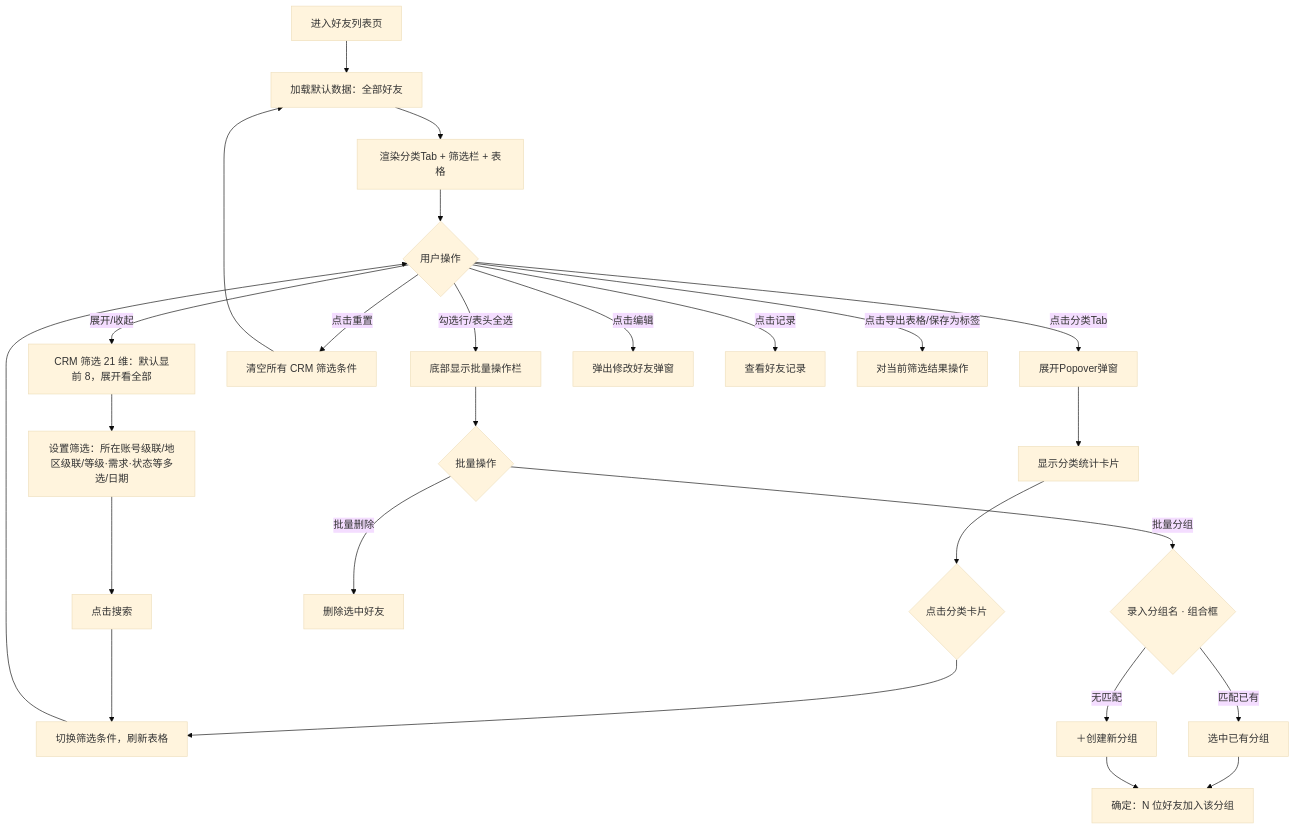
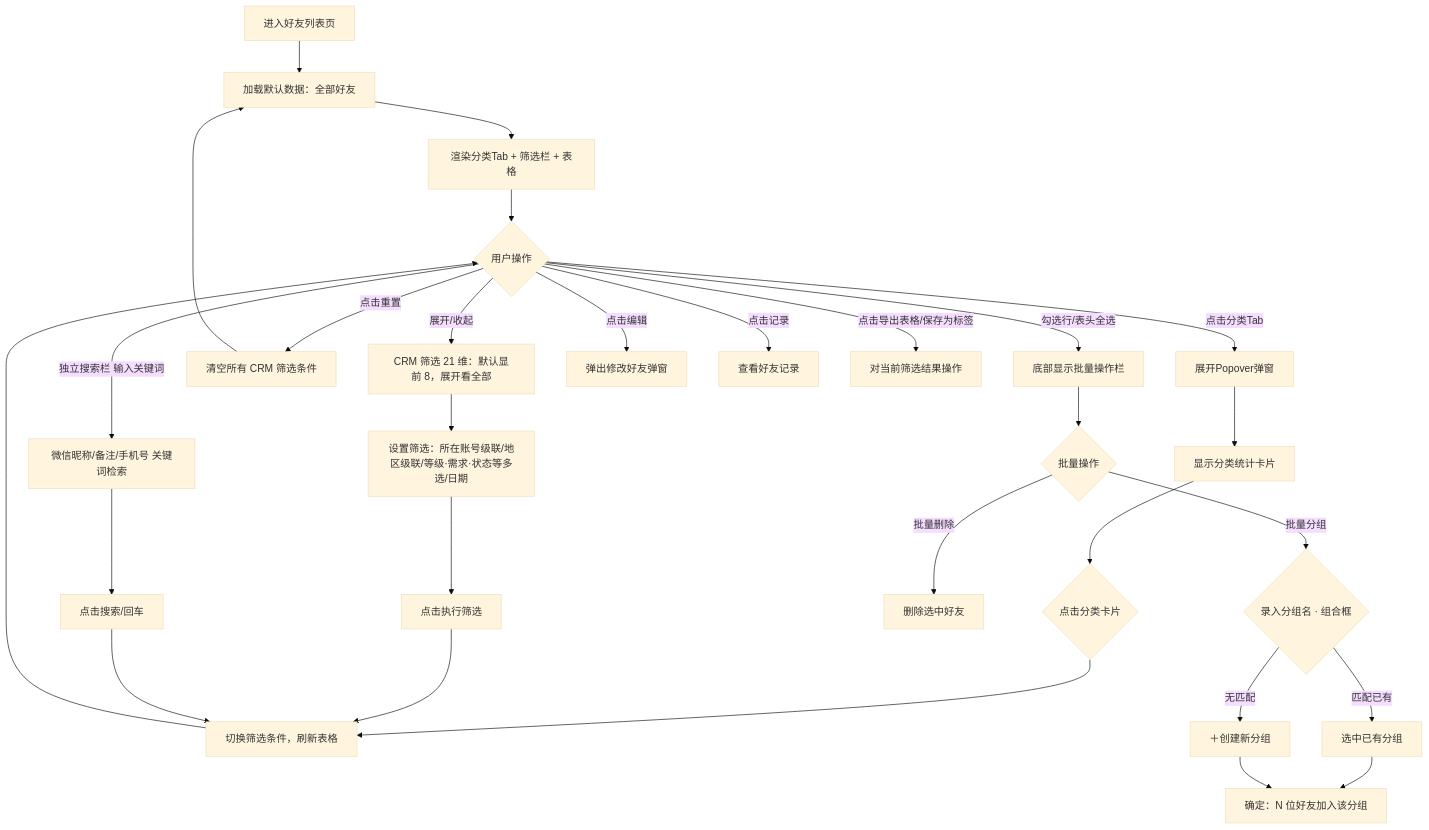
One commit to xfang9528-glitch/suiyin-admin changed the first of 2 diagrams in flowcharts/friend-list.md. Above: the diagram before and after it, drawn with Mermaid (base theme). The commit also changed 3 other files, not shown here.

Commit message:
docs: 同步 筛选/搜索拆分(DR-058) + 筛选项调整 + 去创建虚拟好友 到 PRD/流程图/design-spec

````diff
--- a/flowcharts/friend-list.md
+++ b/flowcharts/friend-list.md
@@ -5,33 +5,37 @@
 ```mermaid
 flowchart TD
     A[进入好友列表页] --> B[加载默认数据：全部好友]
     B --> C[渲染分类Tab + 筛选栏 + 表格]
 
     C --> D{用户操作}
     D -->|点击分类Tab| E[展开Popover弹窗]
     E --> F[显示分类统计卡片]
     F --> G{点击分类卡片}
     G --> H[切换筛选条件，刷新表格]
     H --> D
 
     D -->|展开/收起| I0[CRM 筛选 21 维：默认显前 8，展开看全部]
     I0 --> I[设置筛选：所在账号级联/地区级联/等级·需求·状态等多选/日期]
-    I --> J[点击搜索]
+    I --> J[点击执行筛选]
     J --> H
 
     D -->|点击重置| K[清空所有 CRM 筛选条件]
     K --> B
+
+    D -->|独立搜索栏 输入关键词| SR[微信昵称/备注/手机号 关键词检索]
+    SR --> SR2[点击搜索/回车]
+    SR2 --> H
 
     D -->|勾选行/表头全选| L[底部显示批量操作栏]
     L --> M{批量操作}
     M -->|批量删除| N[删除选中好友]
     M -->|批量分组| G2{录入分组名 · 组合框}
     G2 -->|匹配已有| G3[选中已有分组]
     G2 -->|无匹配| G4[＋创建新分组]
     G3 --> G5[确定：N 位好友加入该分组]
     G4 --> G5
 
     D -->|点击编辑| P[弹出修改好友弹窗]
     D -->|点击记录| Q[查看好友记录]
     D -->|点击导出表格/保存为标签| R[对当前筛选结果操作]
 ```
````
